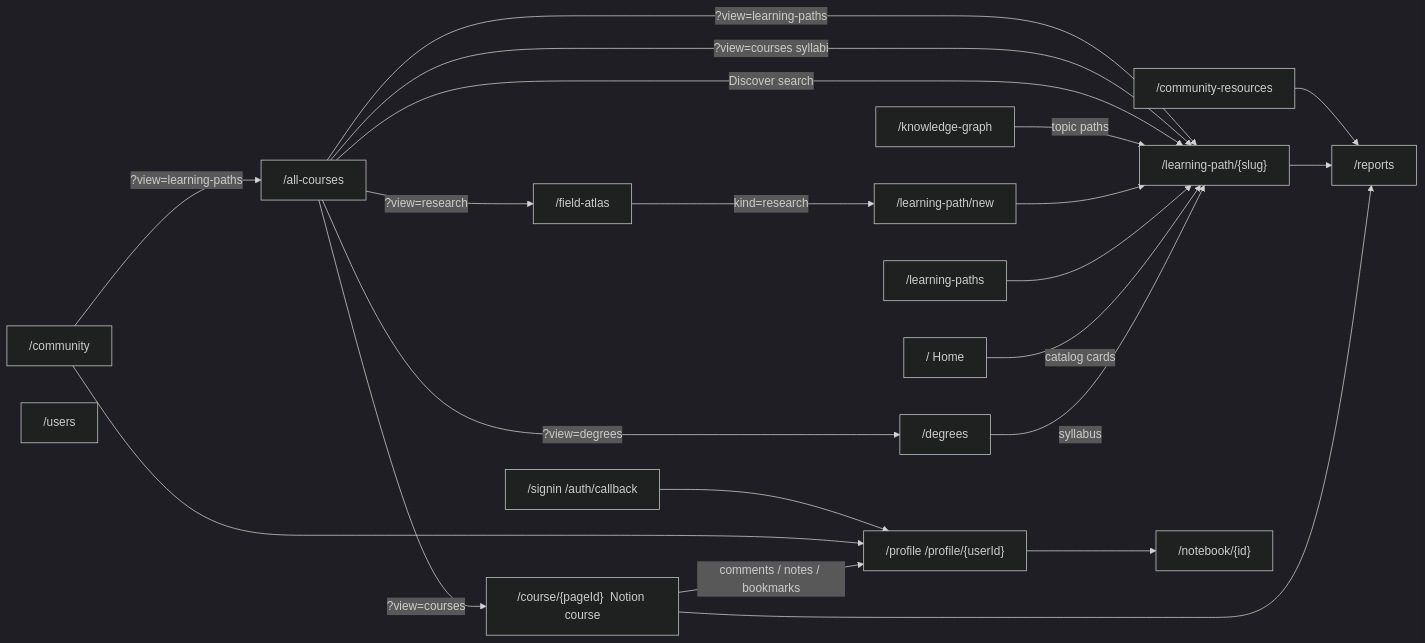
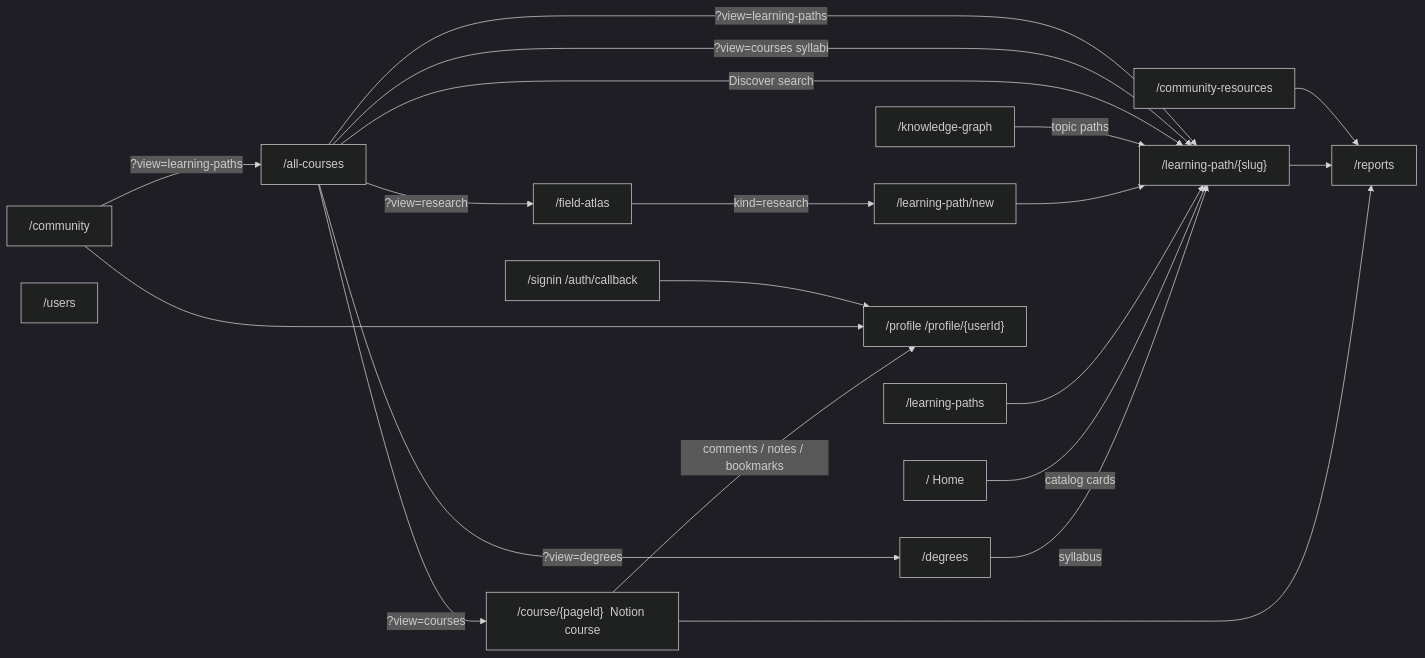
One commit to coursetexts/notion-site changed the second of 4 diagrams in docs/architecture.md. Above: the diagram before and after it, drawn with Mermaid (dark theme). The commit also changed other lines of this file and 89 other files, not shown here.

````diff
--- a/docs/architecture.md
+++ b/docs/architecture.md
@@ -115,40 +115,38 @@
 ```mermaid
 flowchart LR
   Home["/  Home"]
   Course["/course/{pageId}  Notion course"]
   All["/all-courses"]
   Degrees["/degrees"]
   LP["/learning-path/{slug}"]
   LPNew["/learning-path/new"]
   LPIndex["/learning-paths"]
   Atlas["/field-atlas"]
   KnowledgeGraph["/knowledge-graph"]
   Community["/community"]
   Resources["/community-resources"]
   Profile["/profile  /profile/{userId}"]
   Users["/users"]
   Reports["/reports"]
-  Notebook["/notebook/{id}"]
   Signin["/signin  /auth/callback"]
 
   Degrees -->|"syllabus"| LP
   Home -->|"catalog cards"| LP
   LPIndex --> LP
   LPNew --> LP
   Atlas -->|"kind=research"| LPNew
   KnowledgeGraph -->|"topic paths"| LP
   All -->|"Discover search"| LP
   All -->|"?view=courses"| Course
   All -->|"?view=courses syllabi"| LP
   All -->|"?view=learning-paths"| LP
   All -->|"?view=degrees"| Degrees
   All -->|"?view=research"| Atlas
   Community -->|"?view=learning-paths"| All
   Course --> Reports
   LP --> Reports
   Resources --> Reports
   Course -->|"comments / notes / bookmarks"| Profile
   Community --> Profile
-  Profile --> Notebook
   Signin --> Profile
 ```
````
